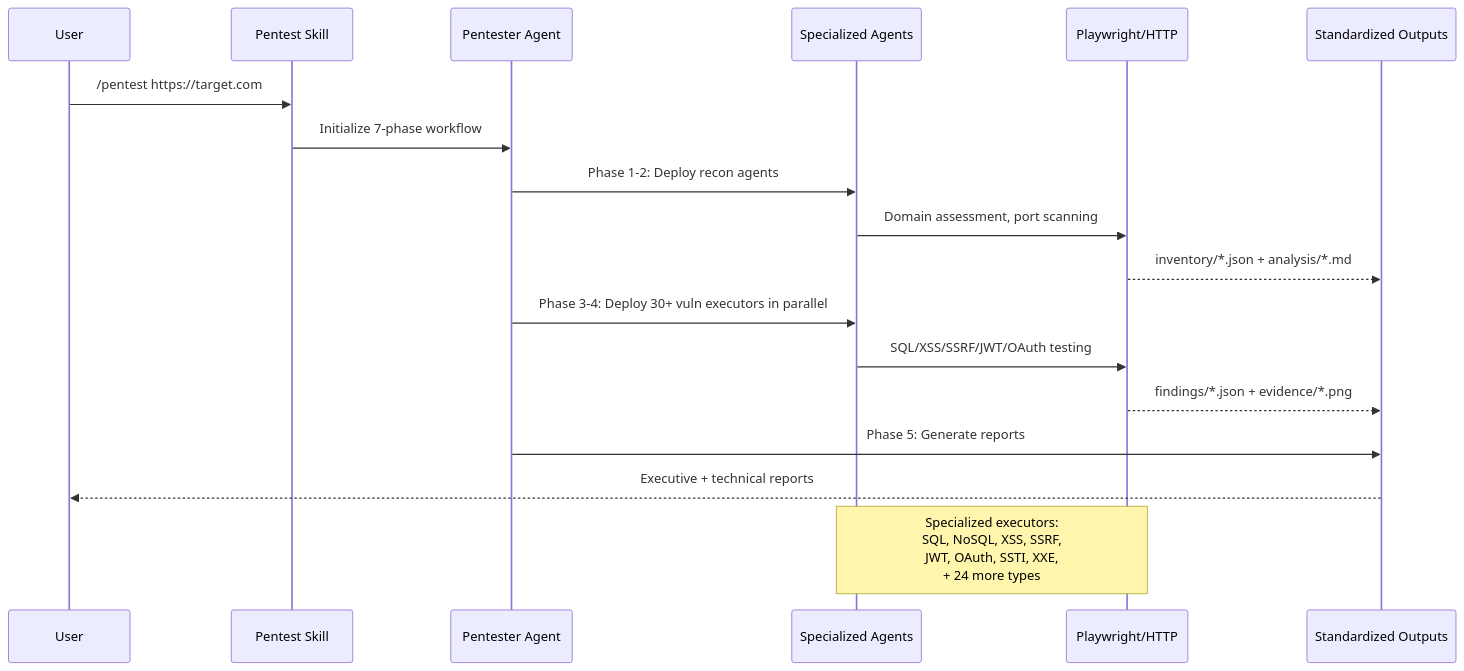
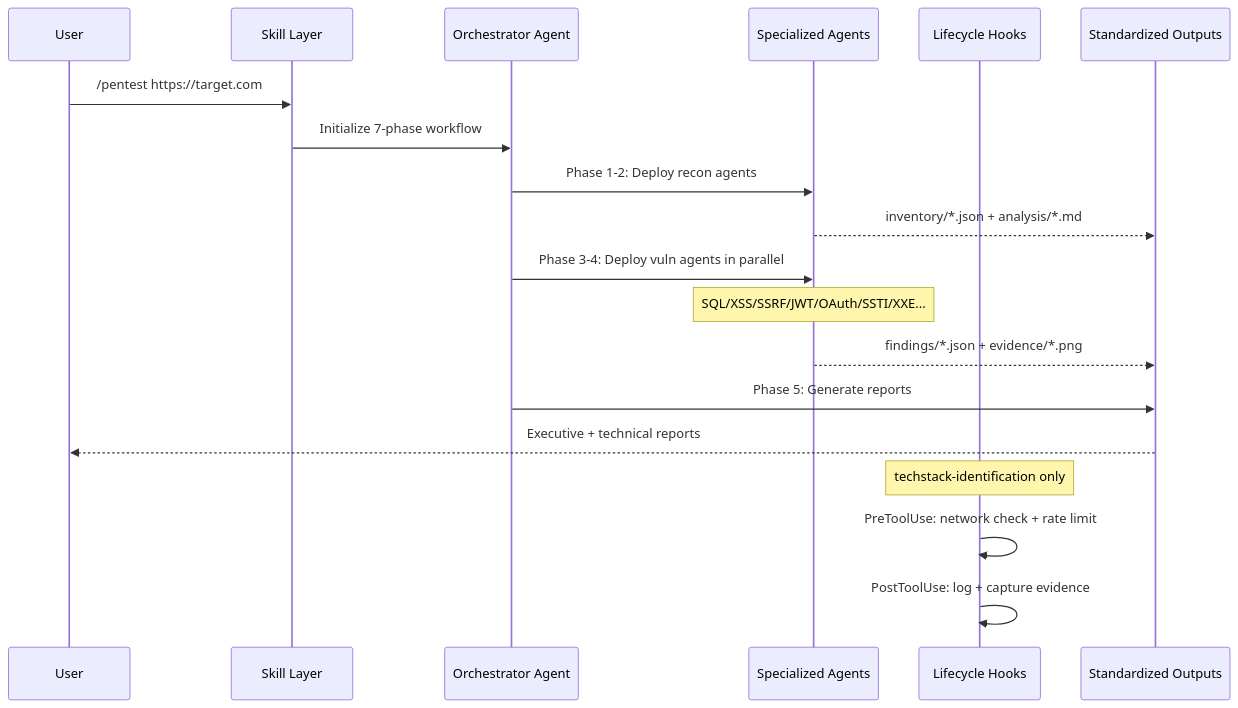
One commit to l0h1nth/communitytools changed the first of 2 diagrams in README.md. Above: the diagram before and after it, drawn with Mermaid. The commit also changed other lines of this file, not shown here.

````diff
--- a/README.md
+++ b/README.md
@@ -192,25 +209,26 @@
 ```mermaid
 sequenceDiagram
     participant User
-    participant Skill as Pentest Skill
-    participant Orch as Pentester Agent
+    participant Skill as Skill Layer
+    participant Orch as Orchestrator Agent
     participant Agents as Specialized Agents
-    participant Tools as Playwright/HTTP
+    participant Hooks as Lifecycle Hooks
     participant Output as Standardized Outputs
 
     User->>Skill: /pentest https://target.com
     Skill->>Orch: Initialize 7-phase workflow
 
     Orch->>Agents: Phase 1-2: Deploy recon agents
-    Agents->>Tools: Domain assessment, port scanning
-    Tools-->>Output: inventory/*.json + analysis/*.md
+    Agents-->>Output: inventory/*.json + analysis/*.md
 
-    Orch->>Agents: Phase 3-4: Deploy 30+ vuln executors in parallel
-    Agents->>Tools: SQL/XSS/SSRF/JWT/OAuth testing
-    Tools-->>Output: findings/*.json + evidence/*.png
+    Orch->>Agents: Phase 3-4: Deploy vuln agents in parallel
+    Note over Agents: SQL/XSS/SSRF/JWT/OAuth/SSTI/XXE...
+    Agents-->>Output: findings/*.json + evidence/*.png
 
     Orch->>Output: Phase 5: Generate reports
     Output-->>User: Executive + technical reports
 
-    Note over Agents,Tools: Specialized executors:<br/>SQL, NoSQL, XSS, SSRF,<br/>JWT, OAuth, SSTI, XXE,<br/>+ 24 more types
+    Note over Hooks: techstack-identification only
+    Hooks->>Hooks: PreToolUse: network check + rate limit
+    Hooks->>Hooks: PostToolUse: log + capture evidence
 ```
````
